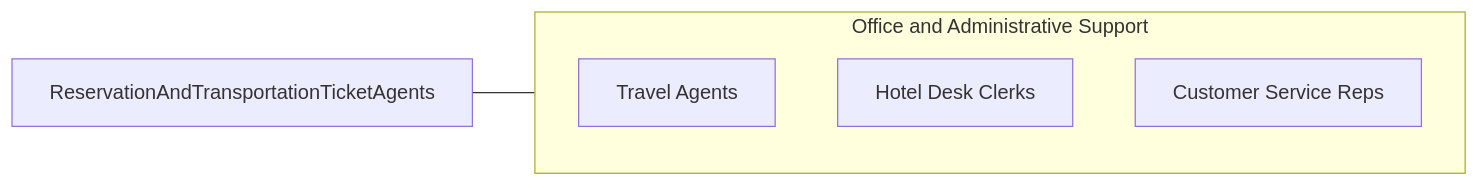
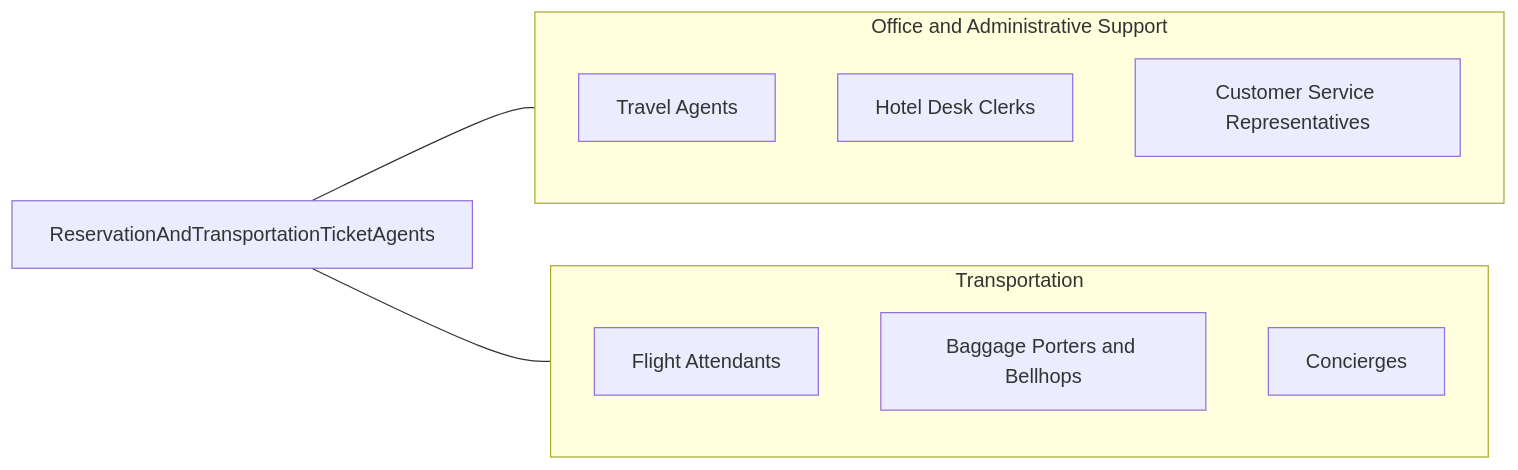
The fourth of 4 diagrams in occupations/Administrative/ReservationAndTransportationTicketAgentsAndTravelClerks.mdx (kziemski/business.org.ai), drawn with Mermaid before and after one commit. The commit also changed other lines of this file and 19 other files, not shown here.

````diff
--- a/occupations/Administrative/ReservationAndTransportationTicketAgentsAndTravelClerks.mdx
+++ b/occupations/Administrative/ReservationAndTransportationTicketAgentsAndTravelClerks.mdx
@@ -100,10 +309,19 @@
 ```mermaid
 graph LR
     Current["ReservationAndTransportationTicketAgents"]
+
     subgraph SameCategory["Office and Administrative Support"]
         RTravelAgents["Travel Agents"]
         RHotelClerks["Hotel Desk Clerks"]
-        RCustomerServiceReps["Customer Service Reps"]
+        RCustomerServiceReps["Customer Service Representatives"]
     end
+
+    subgraph CrossFunctional["Transportation"]
+        RFlightAttendants["Flight Attendants"]
+        RBaggageHandlers["Baggage Porters and Bellhops"]
+        RConcierges["Concierges"]
+    end
+
     Current --- SameCategory
+    Current --- CrossFunctional
 ```
````
